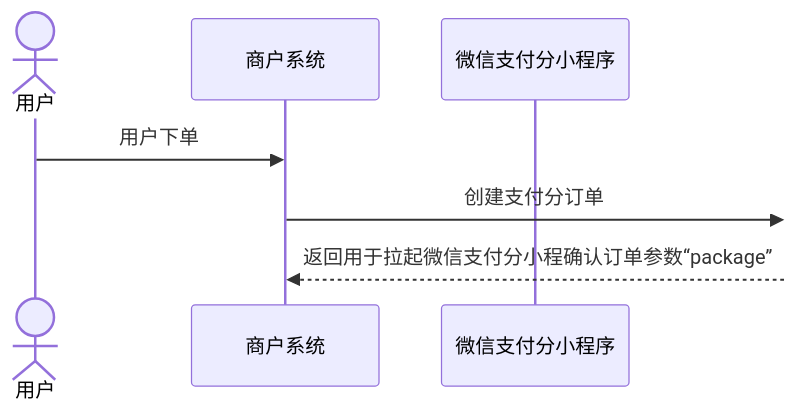
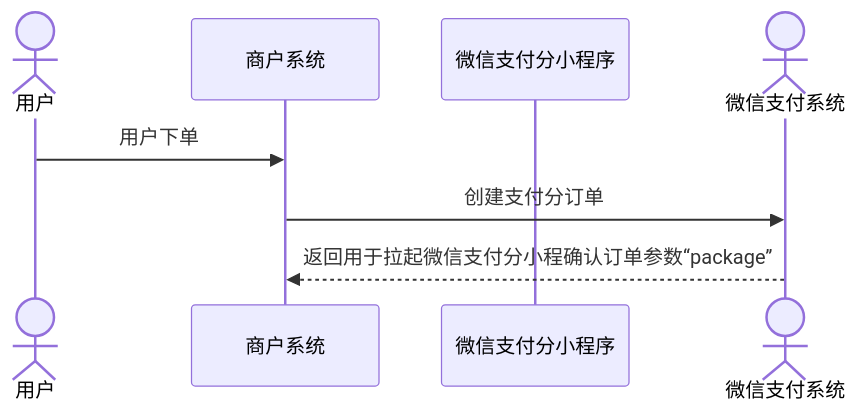
The second of 6 diagrams in docs/partner/pages/4012586134.md (minibear2021/wechatpay_docs), drawn with Mermaid before and after one commit. The commit also changed other lines of this file and 35 other files, not shown here.

````diff
--- a/docs/partner/pages/4012586134.md
+++ b/docs/partner/pages/4012586134.md
@@ -46,12 +63,12 @@
 ```mermaid
 sequenceDiagram
 
         actor User as 用户
         participant Mch as 商户系统
         participant WxPay as 微信支付分小程序
-        participant WxPay2@{ type: secondaryActor } as 微信支付系统
+        participant WxPay2@{ type: actor, xwattType: secondaryActor } as 微信支付系统
 
         User->>Mch: 用户下单
         Mch->>WxPay2: 创建支付分订单
         WxPay2-->>Mch: 返回用于拉起微信支付分小程确认订单参数“package”
 ```
````
